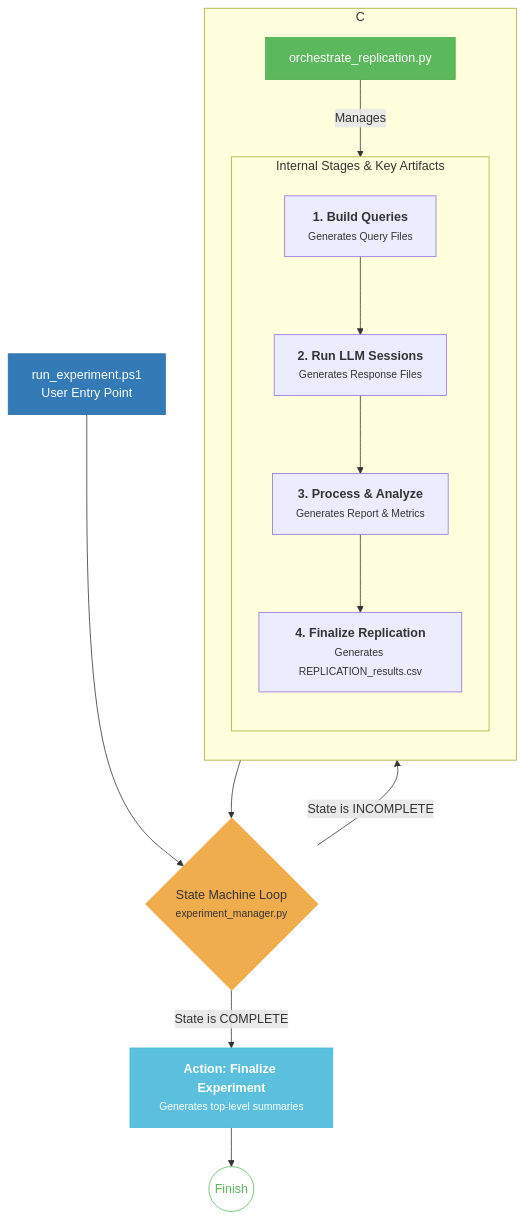
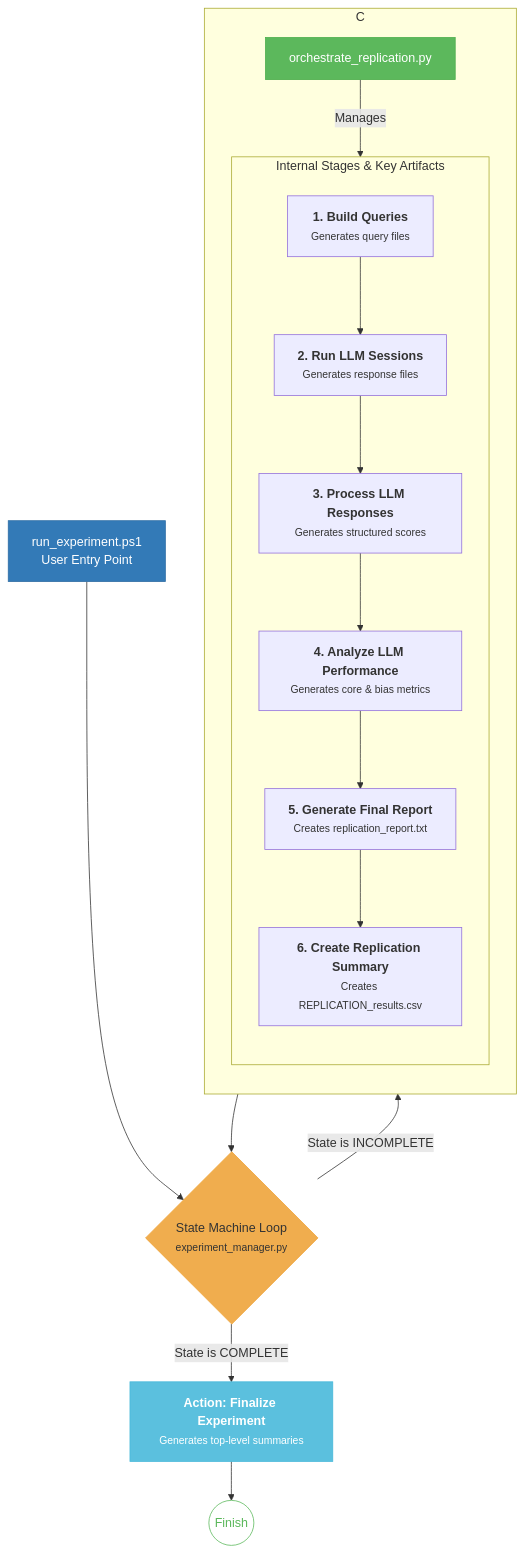
One commit to peterjmarko/llm-narrative-framework changed the diagram in docs/diagrams/architecture_workflow_1_run_experiment.mmd. Above: the diagram before and after it, drawn with Mermaid. The commit also changed 10 other files, not shown here.

```diff
--- a/docs/diagrams/architecture_workflow_1_run_experiment.mmd
+++ b/docs/diagrams/architecture_workflow_1_run_experiment.mmd
@@ -1,29 +1,31 @@
 graph TD
     %% Main Control Flow
     A[run_experiment.ps1<br>User Entry Point]:::entry --> B{State Machine Loop<br><small>experiment_manager.py</small>}:::layer_orange;
     
     B -- "State is INCOMPLETE" --> C["<b>Action: Run/Repair Replication</b>"];
     C --> B;
     
     B -- "State is COMPLETE" --> F["<b>Action: Finalize Experiment</b><br><small>Generates top-level summaries</small>"]:::script;
     F --> G((Finish)):::finish_node;
 
     subgraph C
         direction TB
         Orchestrator["orchestrate_replication.py"]:::layer_green
         subgraph "Internal Stages & Key Artifacts"
             direction TB
-            S1["<b>1. Build Queries</b><br><small>Generates Query Files</small>"] --> S2;
-            S2["<b>2. Run LLM Sessions</b><br><small>Generates Response Files</small>"] --> S3;
-            S3["<b>3. Process & Analyze</b><br><small>Generates Report & Metrics</small>"] --> S4;
-            S4["<b>4. Finalize Replication</b><br><small>Generates REPLICATION_results.csv</small>"]
+            S1["<b>1. Build Queries</b><br><small>Generates query files</small>"] --> S2;
+            S2["<b>2. Run LLM Sessions</b><br><small>Generates response files</small>"] --> S3;
+            S3["<b>3. Process LLM Responses</b><br><small>Generates structured scores</small>"] --> S4;
+            S4["<b>4. Analyze LLM Performance</b><br><small>Generates core & bias metrics</small>"] --> S5;
+            S5["<b>5. Generate Final Report</b><br><small>Creates replication_report.txt</small>"] --> S6;
+            S6["<b>6. Create Replication Summary</b><br><small>Creates REPLICATION_results.csv</small>"]
         end
         Orchestrator -- "Manages" --> S1;
     end
     
     %% Styling
     classDef entry fill:#337ab7,stroke:#2e6da4,color:#fff;
     classDef layer_orange fill:#f0ad4e,stroke:#eea236,color:#333;
     classDef layer_green fill:#5cb85c,stroke:#4cae4c,color:#fff;
     classDef script fill:#5bc0de,stroke:#46b8da,color:#fff;
     classDef finish_node fill:#fff,stroke:#5cb85c,color:#5cb85c;
```
